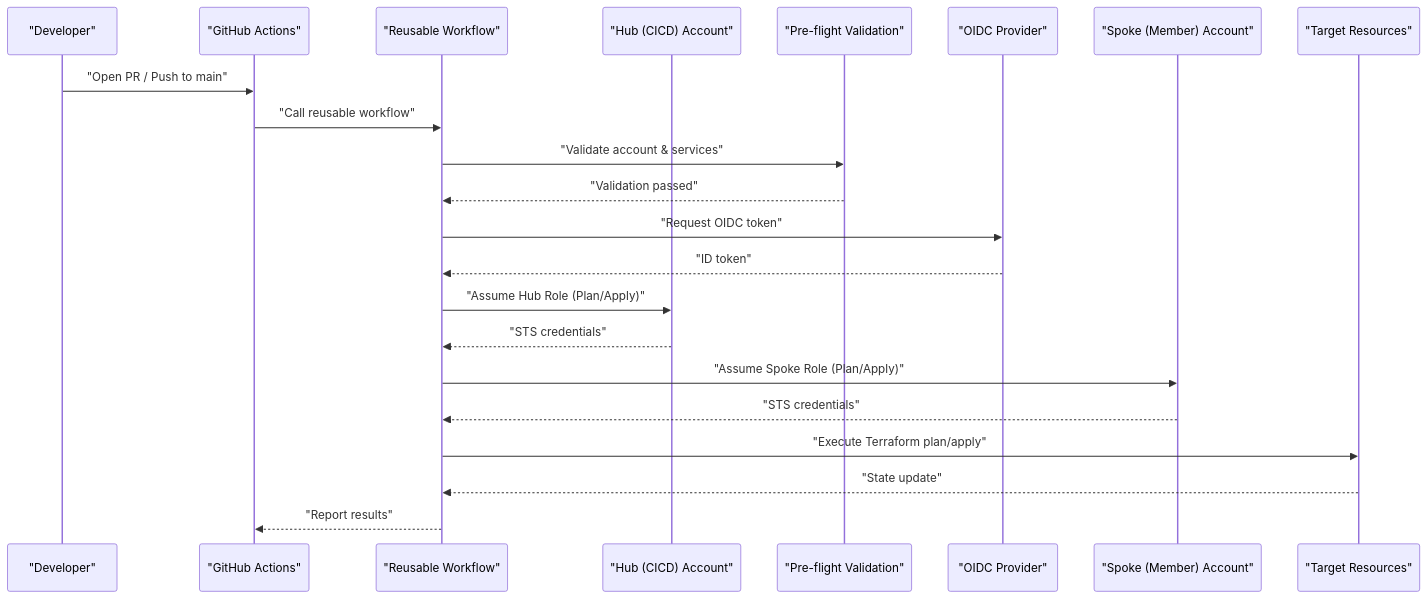
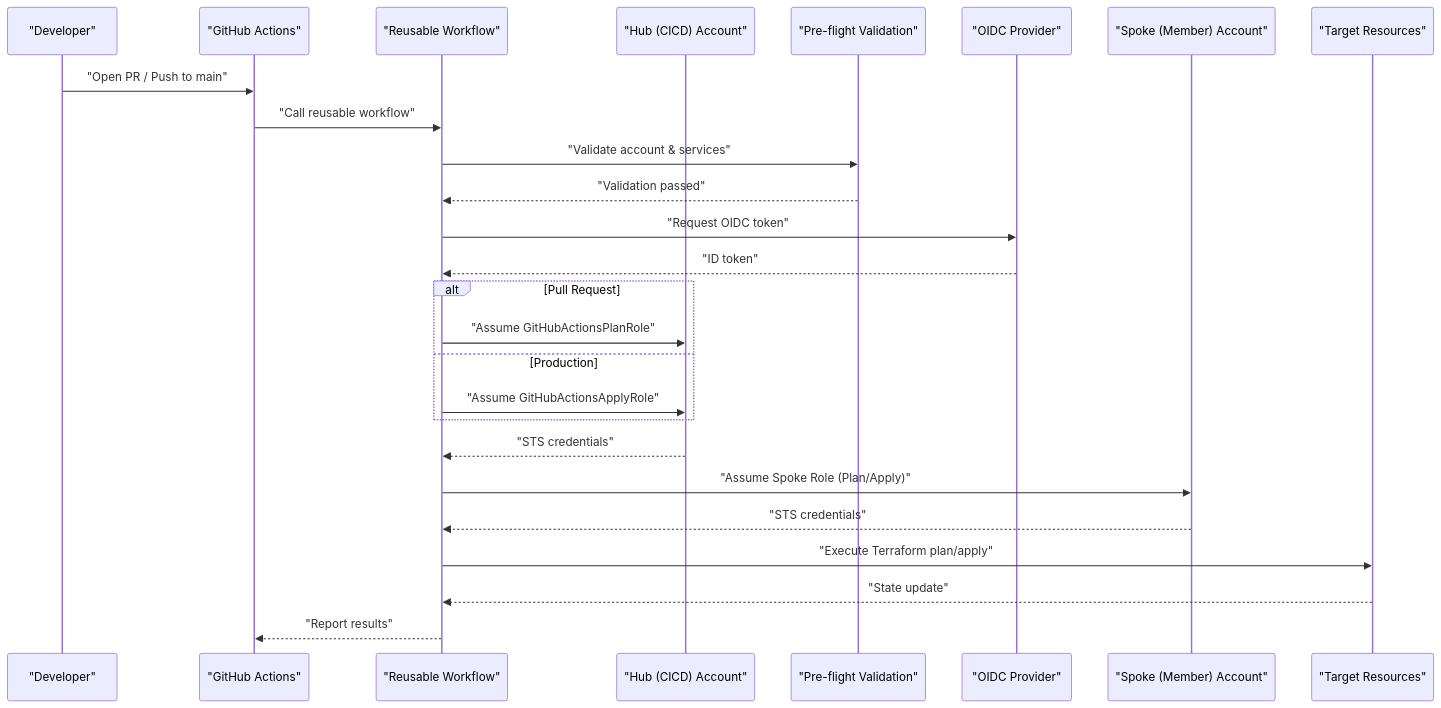
Before and after one commit to AlibabaCloudLandingZone/alibabacloud-landingzone-accelerator-github-demo: the second of 9 diagrams in .qoder/repowiki/en/content/Bootstrap Infrastructure/CI_CD Foundation.md, drawn with Mermaid. The commit also changed other lines of this file and 35 other files, not shown here.

````diff
--- a/.qoder/repowiki/en/content/Bootstrap Infrastructure/CI_CD Foundation.md
+++ b/.qoder/repowiki/en/content/Bootstrap Infrastructure/CI_CD Foundation.md
@@ -125,24 +132,28 @@
 ```mermaid
 sequenceDiagram
 participant Dev as "Developer"
 participant GH as "GitHub Actions"
 participant WF as "Reusable Workflow"
 participant Hub as "Hub (CICD) Account"
 participant PreCheck as "Pre-flight Validation"
 participant OIDC as "OIDC Provider"
 participant Spoke as "Spoke (Member) Account"
 participant Res as "Target Resources"
 Dev->>GH : "Open PR / Push to main"
 GH->>WF : "Call reusable workflow"
 WF->>PreCheck : "Validate account & services"
 PreCheck-->>WF : "Validation passed"
 WF->>OIDC : "Request OIDC token"
 OIDC-->>WF : "ID token"
-WF->>Hub : "Assume Hub Role (Plan/Apply)"
+alt Pull Request
+WF->>Hub : "Assume GitHubActionsPlanRole"
+else Production
+WF->>Hub : "Assume GitHubActionsApplyRole"
+end
 Hub-->>WF : "STS credentials"
 WF->>Spoke : "Assume Spoke Role (Plan/Apply)"
 Spoke-->>WF : "STS credentials"
 WF->>Res : "Execute Terraform plan/apply"
 Res-->>WF : "State update"
 WF-->>GH : "Report results"
 ```
````
